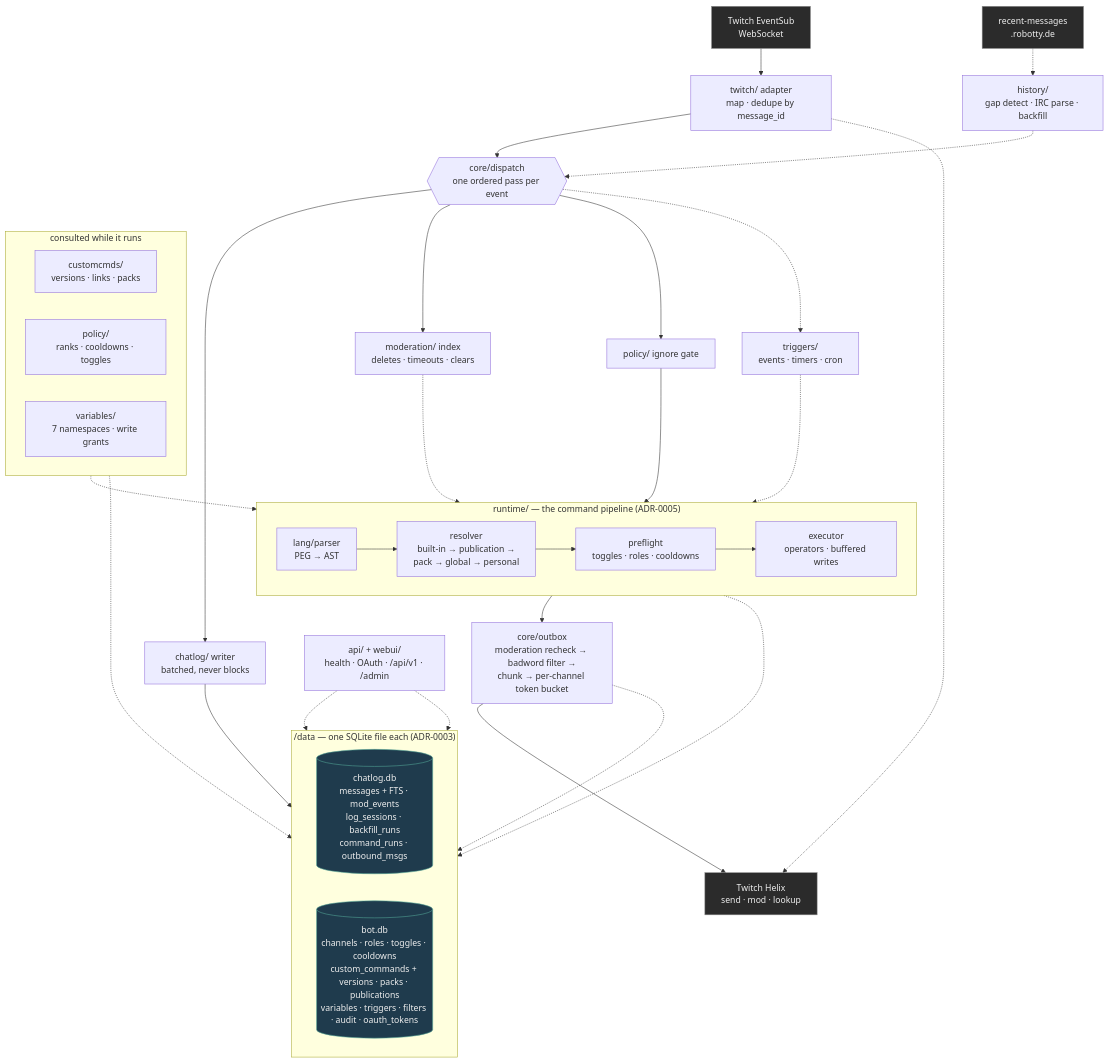
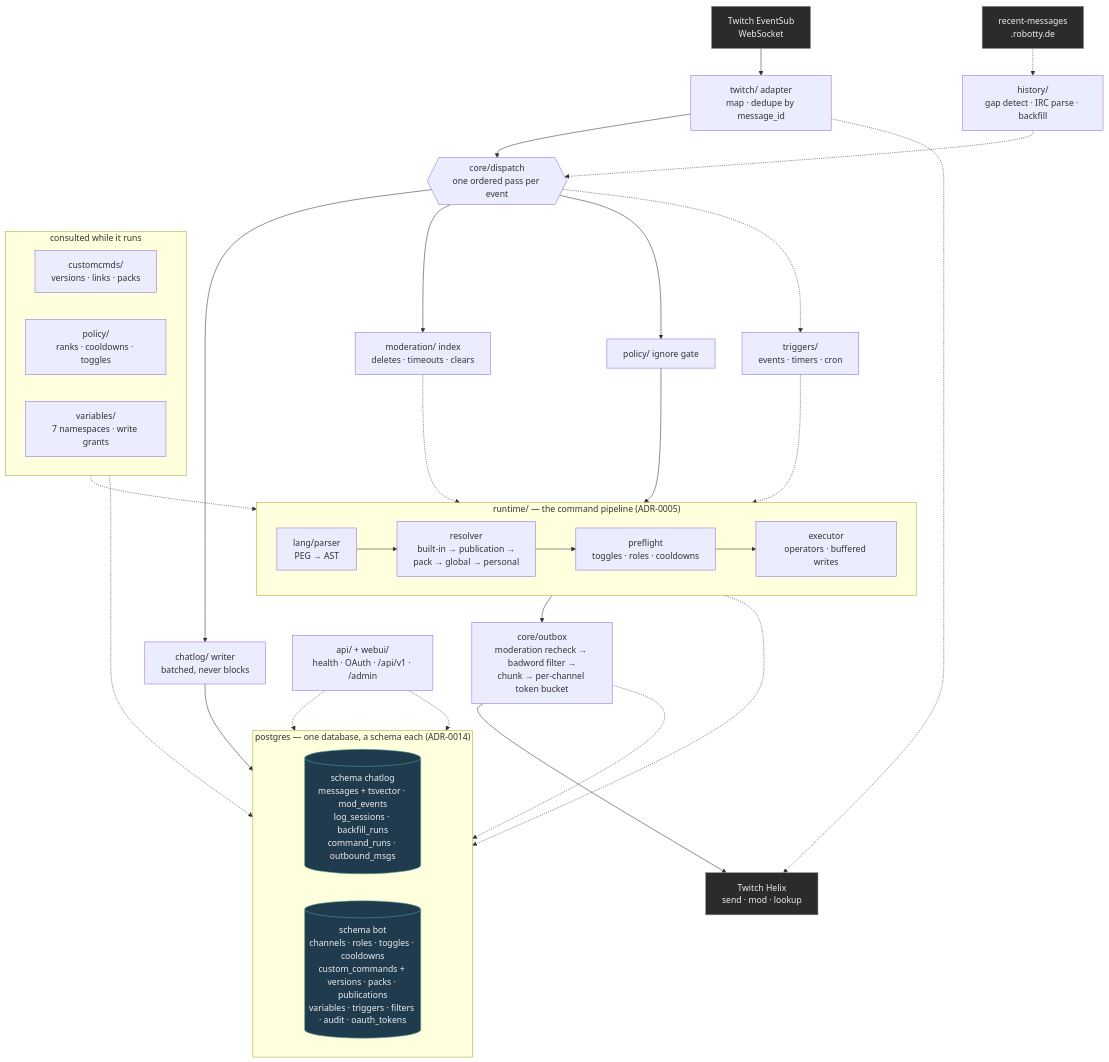
The first of 2 diagrams in docs/architecture.md (vEXOULZ/doomtp-bot), drawn with Mermaid before and after one commit. The commit also changed other lines of this file and 65 other files, not shown here.

````diff
--- a/docs/architecture.md
+++ b/docs/architecture.md
@@ -78,56 +79,56 @@
 ```mermaid
 flowchart TB
     classDef ext fill:#2b2b2b,stroke:#888,color:#eee
     classDef store fill:#1f3b4d,stroke:#5a9,color:#eee
 
     ES["Twitch EventSub<br/>WebSocket"]:::ext
     RM["recent-messages<br/>.robotty.de"]:::ext
 
     ES --> ADP["twitch/ adapter<br/>map · dedupe by message_id"]
     RM -.-> HIST["history/<br/>gap detect · IRC parse · backfill"]
 
     ADP --> DISP{{"core/dispatch<br/>one ordered pass per event"}}
     HIST -.-> DISP
 
     DISP --> LOG["chatlog/ writer<br/>batched, never blocks"]
     DISP --> MOD["moderation/ index<br/>deletes · timeouts · clears"]
     DISP --> IGN["policy/ ignore gate"]
     DISP -.-> TRG["triggers/<br/>events · timers · cron"]
 
     IGN --> RT
     TRG -.-> RT
 
     subgraph RT["runtime/ — the command pipeline (ADR-0005)"]
         direction LR
         PARSE["lang/parser<br/>PEG → AST"] --> RES["resolver<br/>built-in → publication →<br/>pack → global → personal"]
         RES --> PRE["preflight<br/>toggles · roles · cooldowns"]
         PRE --> EXEC["executor<br/>operators · buffered writes"]
     end
 
     subgraph SVC["consulted while it runs"]
         direction LR
         CC["customcmds/<br/>versions · links · packs"]
         POL["policy/<br/>ranks · cooldowns · toggles"]
         VAR["variables/<br/>7 namespaces · write grants"]
     end
 
     SVC -.-> RT
     MOD -.-> RT
 
     RT --> OUT["core/outbox<br/>moderation recheck → badword filter →<br/>chunk → per-channel token bucket"]
     OUT --> HX["Twitch Helix<br/>send · mod · lookup"]:::ext
     ADP -.-> HX
 
     LOG --> CHAT
     OUT -.-> CHAT
     RT -.-> CHAT
     SVC -.-> BOT
     API["api/ + webui/<br/>health · OAuth · /api/v1 · /admin"] -.-> BOT
     API -.-> CHAT
 
-    subgraph DATA["/data — one SQLite file each (ADR-0003)"]
+    subgraph DATA["postgres — one database, a schema each (ADR-0014)"]
         direction LR
-        BOT[("bot.db<br/>channels · roles · toggles · cooldowns<br/>custom_commands + versions · packs · publications<br/>variables · triggers · filters · audit · oauth_tokens")]:::store
-        CHAT[("chatlog.db<br/>messages + FTS · mod_events<br/>log_sessions · backfill_runs<br/>command_runs · outbound_msgs")]:::store
+        BOT[("schema bot<br/>channels · roles · toggles · cooldowns<br/>custom_commands + versions · packs · publications<br/>variables · triggers · filters · audit · oauth_tokens")]:::store
+        CHAT[("schema chatlog<br/>messages + tsvector · mod_events<br/>log_sessions · backfill_runs<br/>command_runs · outbound_msgs")]:::store
     end
 ```
````
